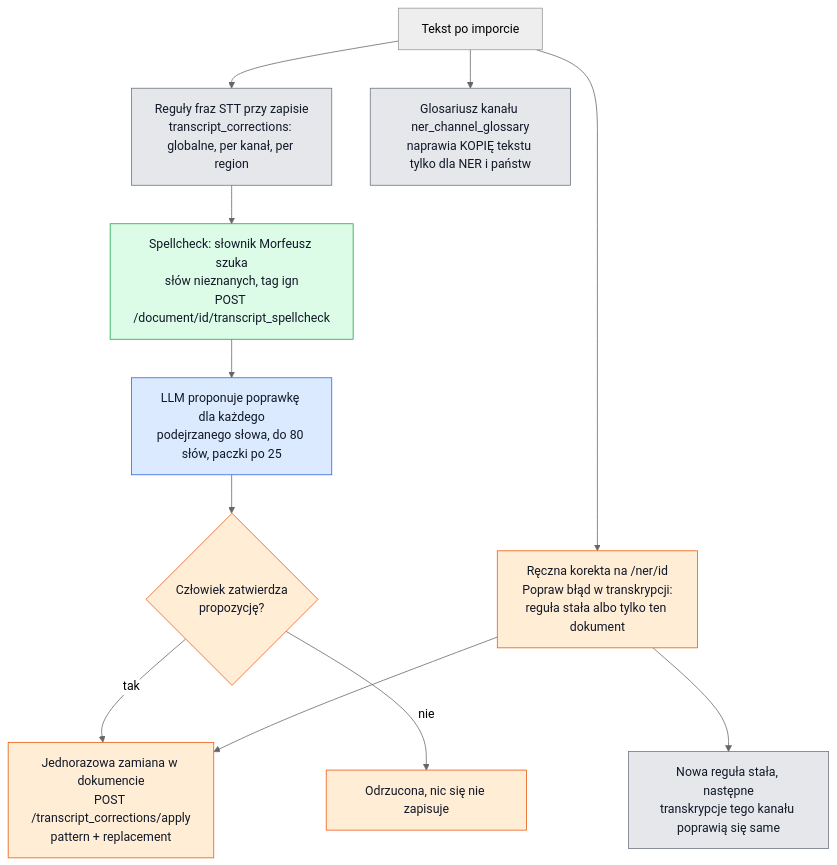
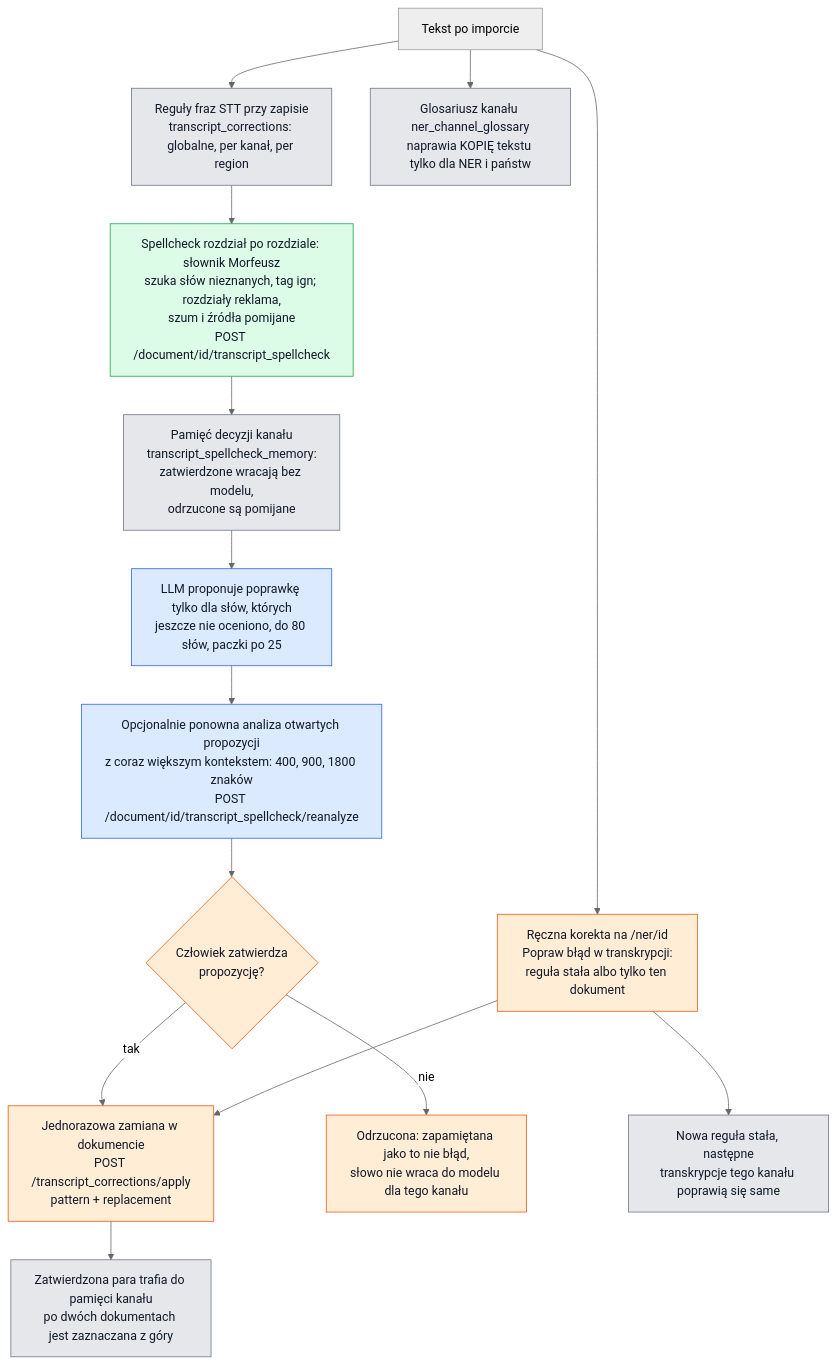
The third of 8 diagrams in docs/youtube-text-workflow.md (ziutus/ai_assistant_lenie), drawn with Mermaid (neutral theme) before and after one commit. The commit also changed other lines of this file and 12 other files, not shown here.

````diff
--- a/docs/youtube-text-workflow.md
+++ b/docs/youtube-text-workflow.md
@@ -135,22 +135,26 @@
 ```mermaid
 flowchart TD
     A["Tekst po imporcie"] --> B["Reguły fraz STT przy zapisie<br/>transcript_corrections: globalne, per kanał, per region"]
-    B --> C["Spellcheck: słownik Morfeusz szuka<br/>słów nieznanych, tag ign<br/>POST /document/id/transcript_spellcheck"]
-    C --> D["LLM proponuje poprawkę dla każdego<br/>podejrzanego słowa, do 80 słów, paczki po 25"]
-    D --> E{"Człowiek zatwierdza<br/>propozycję?"}
+    B --> C["Spellcheck rozdział po rozdziale: słownik Morfeusz<br/>szuka słów nieznanych, tag ign; rozdziały reklama,<br/>szum i źródła pomijane<br/>POST /document/id/transcript_spellcheck"]
+    C --> M["Pamięć decyzji kanału<br/>transcript_spellcheck_memory:<br/>zatwierdzone wracają bez modelu,<br/>odrzucone są pomijane"]
+    M --> D["LLM proponuje poprawkę tylko dla słów, których<br/>jeszcze nie oceniono, do 80 słów, paczki po 25"]
+    D --> R["Opcjonalnie ponowna analiza otwartych propozycji<br/>z coraz większym kontekstem: 400, 900, 1800 znaków<br/>POST /document/id/transcript_spellcheck/reanalyze"]
+    R --> E{"Człowiek zatwierdza<br/>propozycję?"}
     E -- tak --> F["Jednorazowa zamiana w dokumencie<br/>POST /transcript_corrections/apply<br/>pattern + replacement"]
-    E -- nie --> G["Odrzucona, nic się nie zapisuje"]
+    E -- nie --> G["Odrzucona: zapamiętana jako to nie błąd,<br/>słowo nie wraca do modelu dla tego kanału"]
+    F --> N["Zatwierdzona para trafia do pamięci kanału<br/>po dwóch dokumentach jest zaznaczana z góry"]
     A --> H["Ręczna korekta na /ner/id<br/>Popraw błąd w transkrypcji:<br/>reguła stała albo tylko ten dokument"]
     H --> F
     H --> I["Nowa reguła stała, następne<br/>transkrypcje tego kanału poprawią się same"]
     A --> J["Glosariusz kanału ner_channel_glossary<br/>naprawia KOPIĘ tekstu tylko dla NER i państw"]
 
     classDef regex fill:#e5e7eb,stroke:#6b7280,color:#111827
     classDef llm fill:#dbeafe,stroke:#2563eb,color:#111827
     classDef human fill:#ffedd5,stroke:#ea580c,color:#111827
     classDef svc fill:#dcfce7,stroke:#16a34a,color:#111827
     class B,I,J regex
     class C svc
-    class D llm
+    class M,N regex
+    class D,R llm
     class E,F,G,H human
 ```
````
